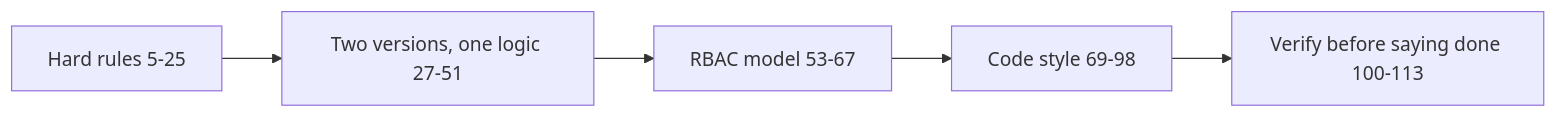
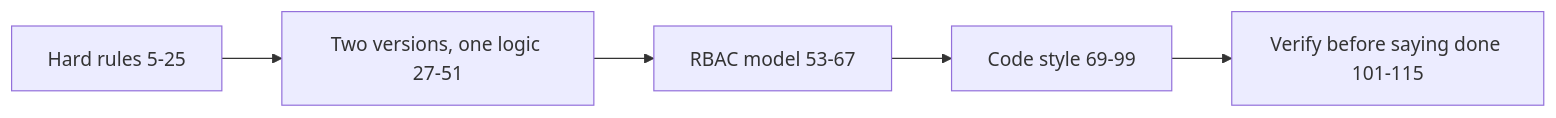
The diagram in snowflake-access-explorer-knowledge-graph/documents/claude-md.md (darshanmeel/snowflake-access-explorer), drawn with Mermaid before and after one commit. The commit also changed other lines of this file and 34 other files, not shown here.

````diff
--- a/snowflake-access-explorer-knowledge-graph/documents/claude-md.md
+++ b/snowflake-access-explorer-knowledge-graph/documents/claude-md.md
@@ -3,7 +3,7 @@
 ```mermaid
 flowchart LR
   H[Hard rules 5-25] --> V[Two versions, one logic 27-51]
   V --> R[RBAC model 53-67]
-  R --> C[Code style 69-98]
-  C --> X[Verify before saying done 100-113]
+  R --> C[Code style 69-99]
+  C --> X[Verify before saying done 101-115]
 ```
````
